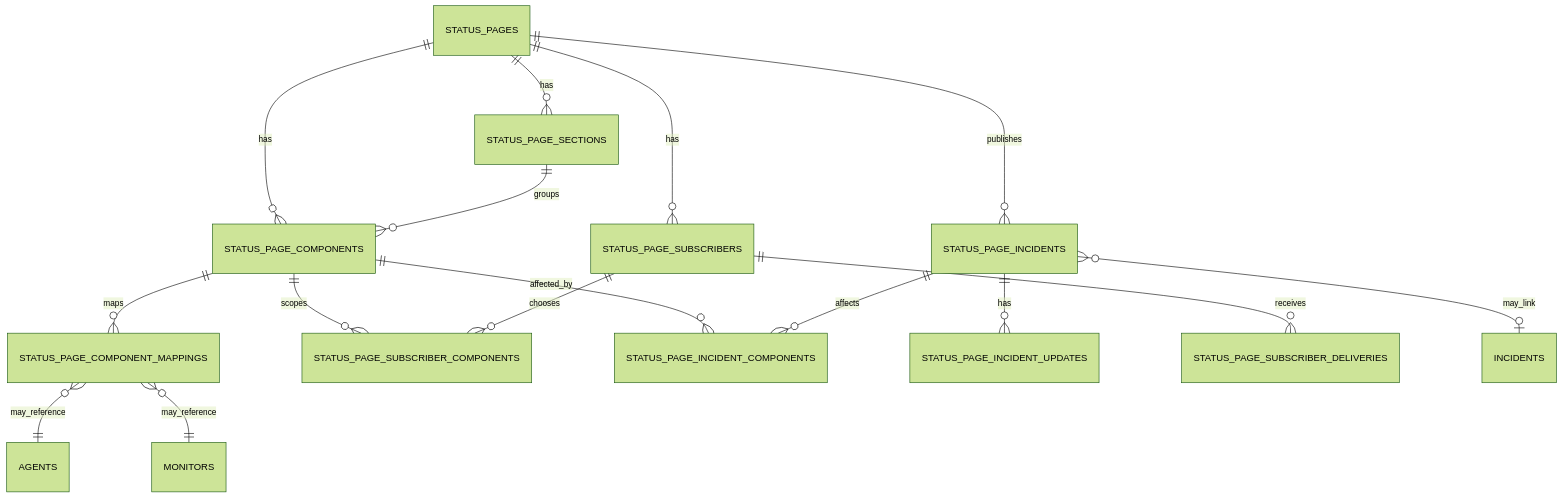
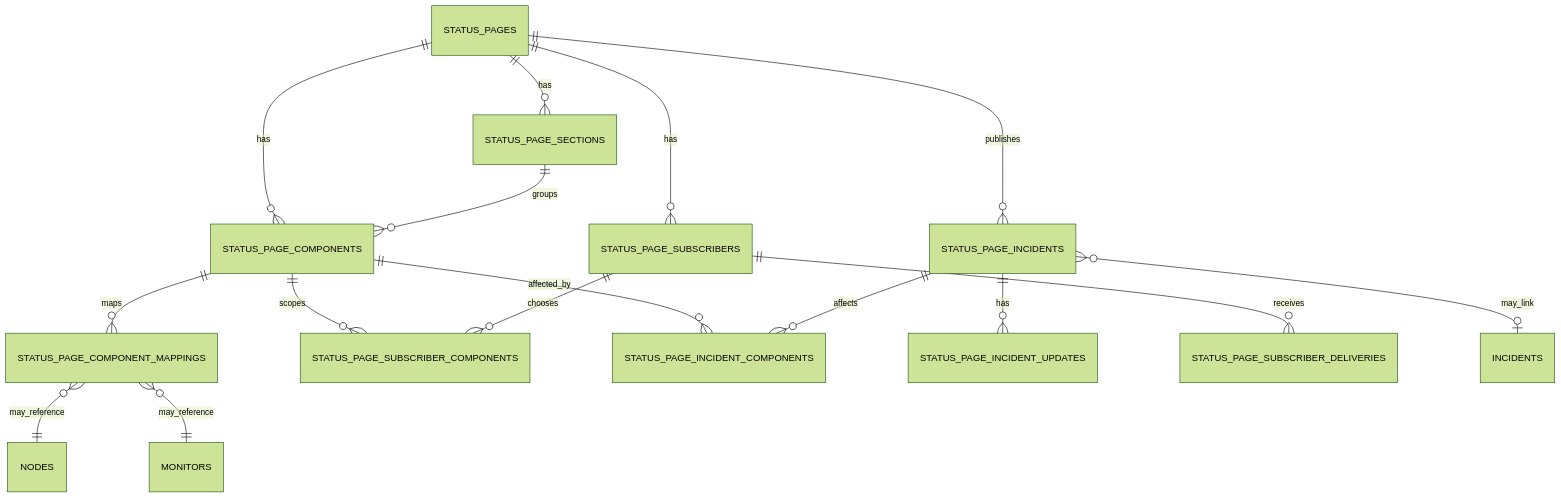
The second of 12 diagrams in docs/architecture/status-pages.md (sunday-studio/orion), drawn with Mermaid (forest theme) before and after one commit. The commit also changed other lines of this file and 815 other files, not shown here.

````diff
--- a/docs/architecture/status-pages.md
+++ b/docs/architecture/status-pages.md
@@ -264,18 +264,18 @@
 ```mermaid
 erDiagram
   STATUS_PAGES ||--o{ STATUS_PAGE_SECTIONS : has
   STATUS_PAGES ||--o{ STATUS_PAGE_COMPONENTS : has
   STATUS_PAGES ||--o{ STATUS_PAGE_INCIDENTS : publishes
   STATUS_PAGE_SECTIONS ||--o{ STATUS_PAGE_COMPONENTS : groups
   STATUS_PAGE_COMPONENTS ||--o{ STATUS_PAGE_COMPONENT_MAPPINGS : maps
   STATUS_PAGE_COMPONENTS ||--o{ STATUS_PAGE_SUBSCRIBER_COMPONENTS : scopes
   STATUS_PAGE_COMPONENTS ||--o{ STATUS_PAGE_INCIDENT_COMPONENTS : affected_by
   STATUS_PAGE_INCIDENTS ||--o{ STATUS_PAGE_INCIDENT_UPDATES : has
   STATUS_PAGE_INCIDENTS ||--o{ STATUS_PAGE_INCIDENT_COMPONENTS : affects
   STATUS_PAGES ||--o{ STATUS_PAGE_SUBSCRIBERS : has
   STATUS_PAGE_SUBSCRIBERS ||--o{ STATUS_PAGE_SUBSCRIBER_COMPONENTS : chooses
   STATUS_PAGE_SUBSCRIBERS ||--o{ STATUS_PAGE_SUBSCRIBER_DELIVERIES : receives
-  STATUS_PAGE_COMPONENT_MAPPINGS }o--|| AGENTS : may_reference
+  STATUS_PAGE_COMPONENT_MAPPINGS }o--|| NODES : may_reference
   STATUS_PAGE_COMPONENT_MAPPINGS }o--|| MONITORS : may_reference
   STATUS_PAGE_INCIDENTS }o--o| INCIDENTS : may_link
 ```
````
